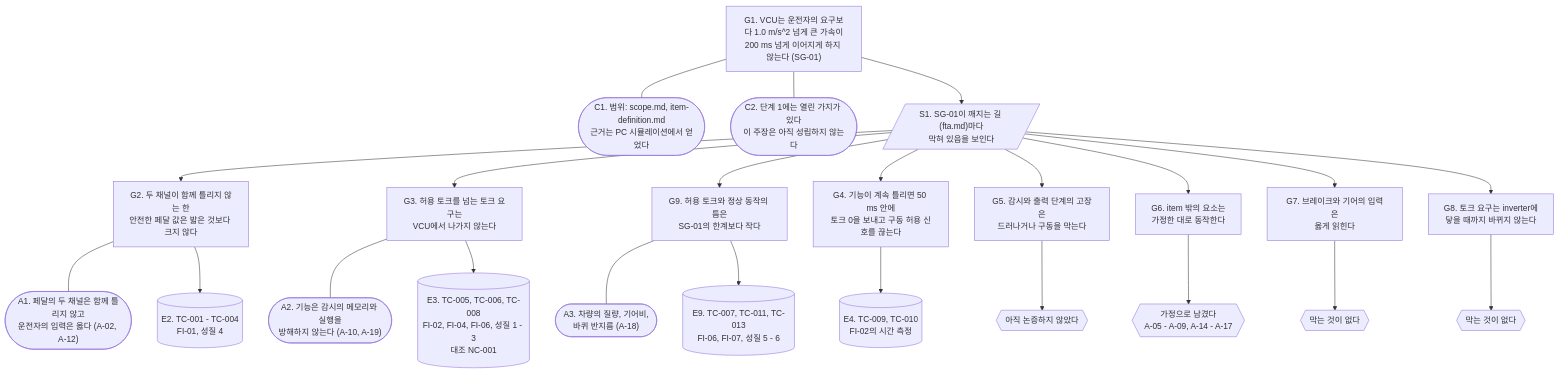
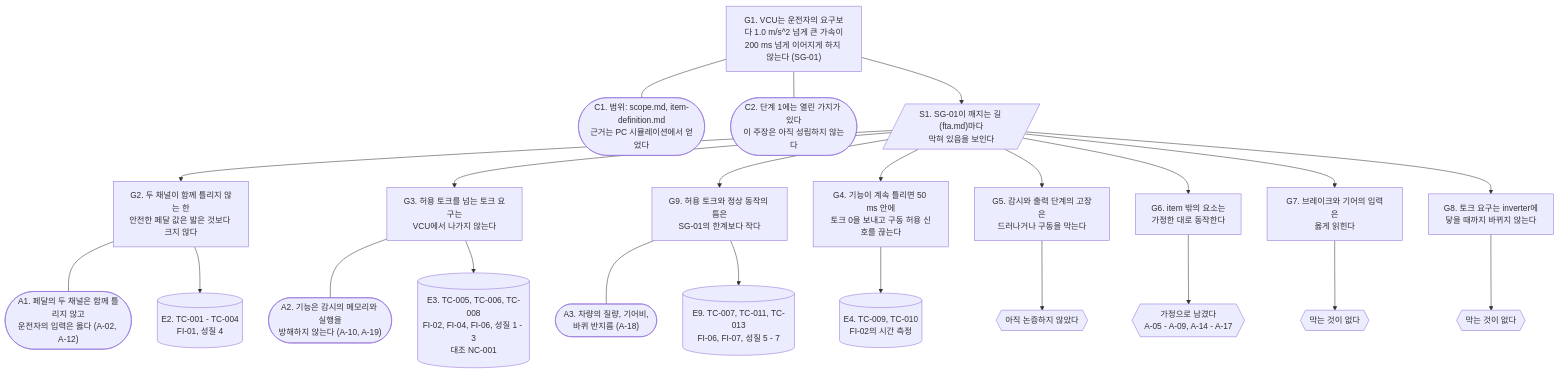
One commit to danielhongwoo/fusa changed the diagram in example/drive-torque/docs/safety-case.md. Above: the diagram before and after it, drawn with Mermaid. The commit also changed other lines of this file and 9 other files, not shown here.

````diff
--- a/example/drive-torque/docs/safety-case.md
+++ b/example/drive-torque/docs/safety-case.md
@@ -15,48 +15,48 @@
 ```mermaid
 flowchart TD
     G1["G1. VCU는 운전자의 요구보다 1.0 m/s^2 넘게 큰 가속이<br/>200 ms 넘게 이어지게 하지 않는다 (SG-01)"]
     C1(["C1. 범위: scope.md, item-definition.md<br/>근거는 PC 시뮬레이션에서 얻었다"])
     C2(["C2. 단계 1에는 열린 가지가 있다<br/>이 주장은 아직 성립하지 않는다"])
     S1[/"S1. SG-01이 깨지는 길 (fta.md)마다<br/>막혀 있음을 보인다"/]
     G2["G2. 두 채널이 함께 틀리지 않는 한<br/>안전한 페달 값은 밟은 것보다 크지 않다"]
     G3["G3. 허용 토크를 넘는 토크 요구는<br/>VCU에서 나가지 않는다"]
     G9["G9. 허용 토크와 정상 동작의 틈은<br/>SG-01의 한계보다 작다"]
     G4["G4. 기능이 계속 틀리면 50 ms 안에<br/>토크 0을 보내고 구동 허용 신호를 끊는다"]
     G5["G5. 감시와 출력 단계의 고장은<br/>드러나거나 구동을 막는다"]
     G6["G6. item 밖의 요소는<br/>가정한 대로 동작한다"]
     G7["G7. 브레이크와 기어의 입력은<br/>옳게 읽힌다"]
     G8["G8. 토크 요구는 inverter에<br/>닿을 때까지 바뀌지 않는다"]
     A1(["A1. 페달의 두 채널은 함께 틀리지 않고<br/>운전자의 입력은 옳다 (A-02, A-12)"])
     A2(["A2. 기능은 감시의 메모리와 실행을<br/>방해하지 않는다 (A-10, A-19)"])
     A3(["A3. 차량의 질량, 기어비,<br/>바퀴 반지름 (A-18)"])
     E2[("E2. TC-001 - TC-004<br/>FI-01, 성질 4")]
     E3[("E3. TC-005, TC-006, TC-008<br/>FI-02, FI-04, FI-06, 성질 1 - 3<br/>대조 NC-001")]
-    E9[("E9. TC-007, TC-011, TC-013<br/>FI-06, FI-07, 성질 5 - 6")]
+    E9[("E9. TC-007, TC-011, TC-013<br/>FI-06, FI-07, 성질 5 - 7")]
     E4[("E4. TC-009, TC-010<br/>FI-02의 시간 측정")]
     U5{{"아직 논증하지 않았다"}}
     U6{{"가정으로 남겼다<br/>A-05 - A-09, A-14 - A-17"}}
     U7{{"막는 것이 없다"}}
     U8{{"막는 것이 없다"}}
     G1 --- C1
     G1 --- C2
     G1 --> S1
     S1 --> G2
     S1 --> G3
     S1 --> G9
     S1 --> G4
     S1 --> G5
     S1 --> G6
     S1 --> G7
     S1 --> G8
     G2 --- A1
     G3 --- A2
     G9 --- A3
     G2 --> E2
     G3 --> E3
     G9 --> E9
     G4 --> E4
     G5 --> U5
     G6 --> U6
     G7 --> U7
     G8 --> U8
 ```
````
